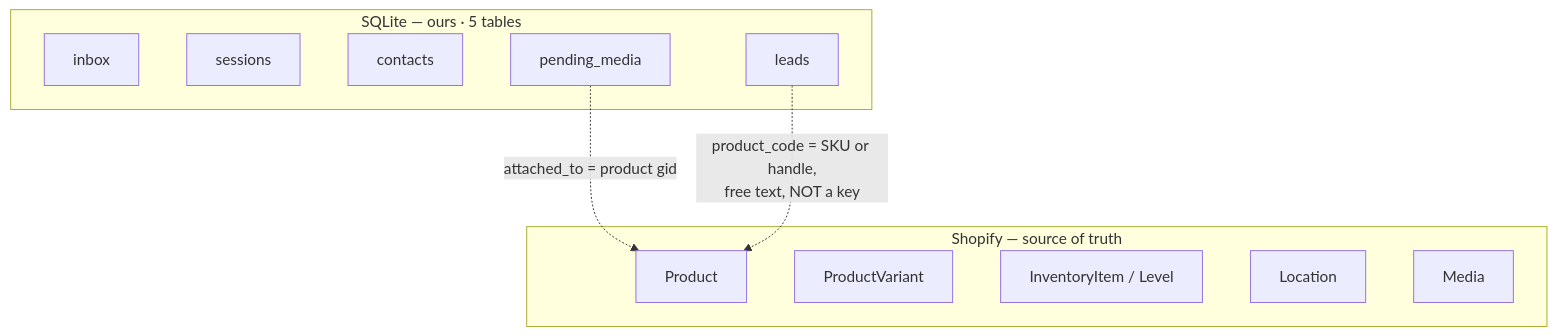
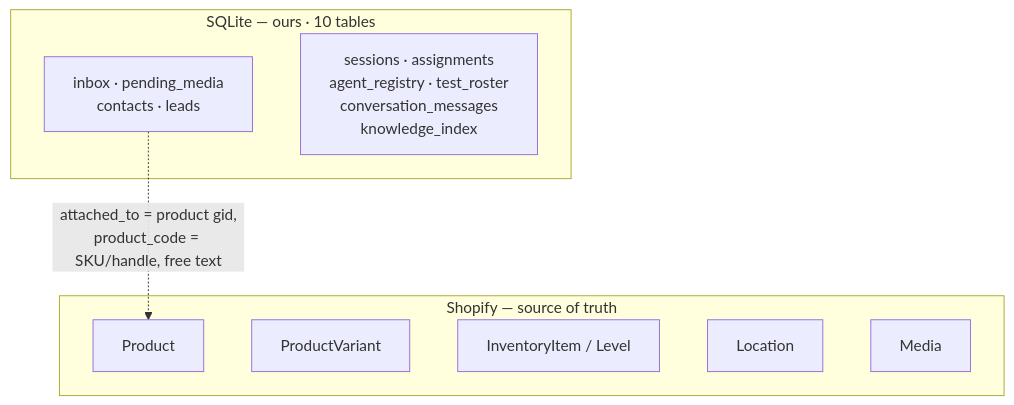
Before and after one commit to santiagoposadag/ShopifyVitrina: the first of 2 diagrams in docs/03-datos/README.md, drawn with Mermaid. The commit also changed other lines of this file and 10 other files, not shown here.

````diff
--- a/docs/03-datos/README.md
+++ b/docs/03-datos/README.md
@@ -3,21 +3,17 @@
 ```mermaid
 graph TB
-    subgraph OURS["SQLite — ours · 5 tables"]
-        IN["inbox"]
-        SE["sessions"]
-        CO["contacts"]
-        LE["leads"]
-        PM["pending_media"]
+    subgraph OURS["SQLite — ours · 10 tables"]
+        IN["inbox · pending_media<br/>contacts · leads"]
+        SE["sessions · assignments<br/>agent_registry · test_roster<br/>conversation_messages<br/>knowledge_index"]
     end
 
     subgraph THEIRS["Shopify — source of truth"]
         PR["Product"]
         VA["ProductVariant"]
         II["InventoryItem / Level"]
         LO["Location"]
         ME["Media"]
     end
 
-    PM -.->|"attached_to = product gid"| PR
-    LE -.->|"product_code = SKU or handle,<br/>free text, NOT a key"| PR
+    IN -.->|"attached_to = product gid,<br/>product_code = SKU/handle, free text"| PR
 ```
````
